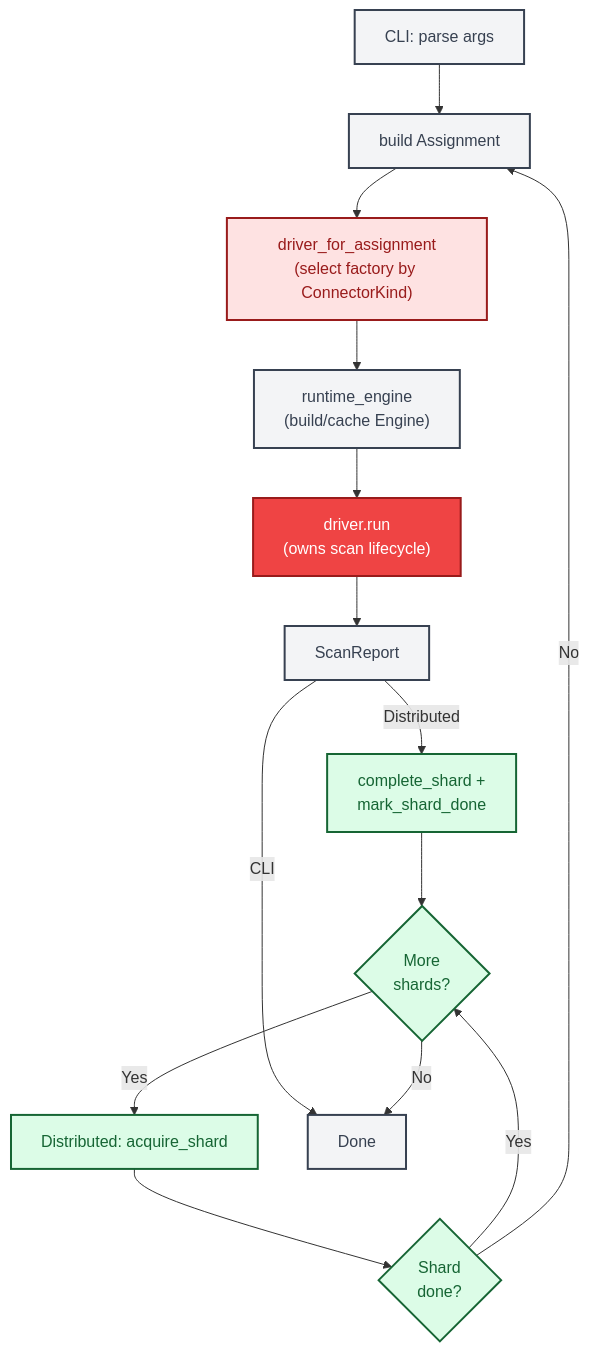
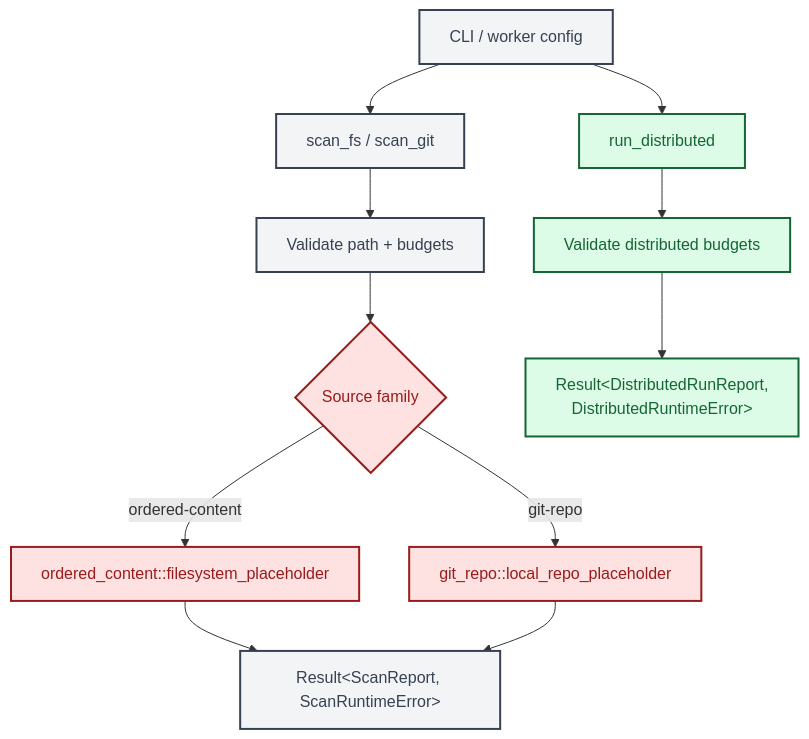
Before and after one commit to ahrav/Gossip-rs: the fourth of 4 diagrams in diagrams/04-end-to-end-scan-flow.md, drawn with Mermaid. The commit also changed other lines of this file and 14 other files, not shown here.

First line of the commit message:
Refactor: Rename scan-driver to scanner-runtime

````diff
--- a/diagrams/04-end-to-end-scan-flow.md
+++ b/diagrams/04-end-to-end-scan-flow.md
@@ -242,41 +194,37 @@
 ```mermaid
-%% Diagram: simplified-scan-overview-flowchart
+%% Diagram: simplified-runtime-flowchart
 graph TD
-    A["CLI: parse args"]
-    B["Distributed: acquire_shard"]
-    C{"Shard<br/>done?"}
-    D["build Assignment"]
-    E["driver_for_assignment<br/>(select factory by ConnectorKind)"]
-    F["runtime_engine<br/>(build/cache Engine)"]
-    G["driver.run<br/>(owns scan lifecycle)"]
-    H["ScanReport"]
-    I["complete_shard +<br/>mark_shard_done"]
-    J{"More<br/>shards?"}
-    K["Done"]
+    A["CLI / worker config"]
+    B["scan_fs / scan_git"]
+    C["Validate path + budgets"]
+    D{"Source family"}
+    E["ordered_content::filesystem_placeholder"]
+    F["git_repo::local_repo_placeholder"]
+    G["Result&lt;ScanReport, ScanRuntimeError&gt;"]
+    H["run_distributed"]
+    I["Validate distributed budgets"]
+    J["Result&lt;DistributedRunReport,<br/>DistributedRuntimeError&gt;"]
 
-    A --> D
+    A --> B
     B --> C
-    C -- "Yes" --> J
-    C -- "No" --> D
-    D --> E
-    E --> F
+    C --> D
+    D -- "ordered-content" --> E
+    D -- "git-repo" --> F
+    E --> G
     F --> G
-    G --> H
-    H -->|CLI| K
-    H -->|Distributed| I
+
+    A --> H
+    H --> I
     I --> J
-    J -- "Yes" --> B
-    J -- "No" --> K
 
     style A fill:#F3F4F6,stroke:#374151,stroke-width:2px,color:#374151
-    style B fill:#DCFCE7,stroke:#166534,stroke-width:2px,color:#166534
-    style C fill:#DCFCE7,stroke:#166534,stroke-width:2px,color:#166534
-    style D fill:#F3F4F6,stroke:#374151,stroke-width:2px,color:#374151
+    style B fill:#F3F4F6,stroke:#374151,stroke-width:2px,color:#374151
+    style C fill:#F3F4F6,stroke:#374151,stroke-width:2px,color:#374151
+    style D fill:#FEE2E2,stroke:#991B1B,stroke-width:2px,color:#991B1B
     style E fill:#FEE2E2,stroke:#991B1B,stroke-width:2px,color:#991B1B
-    style F fill:#F3F4F6,stroke:#374151,stroke-width:2px,color:#374151
-    style G fill:#EF4444,stroke:#991B1B,stroke-width:2px,color:#FFFFFF
-    style H fill:#F3F4F6,stroke:#374151,stroke-width:2px,color:#374151
+    style F fill:#FEE2E2,stroke:#991B1B,stroke-width:2px,color:#991B1B
+    style G fill:#F3F4F6,stroke:#374151,stroke-width:2px,color:#374151
+    style H fill:#DCFCE7,stroke:#166534,stroke-width:2px,color:#166534
     style I fill:#DCFCE7,stroke:#166534,stroke-width:2px,color:#166534
     style J fill:#DCFCE7,stroke:#166534,stroke-width:2px,color:#166534
-    style K fill:#F3F4F6,stroke:#374151,stroke-width:2px,color:#374151
 ```
````
